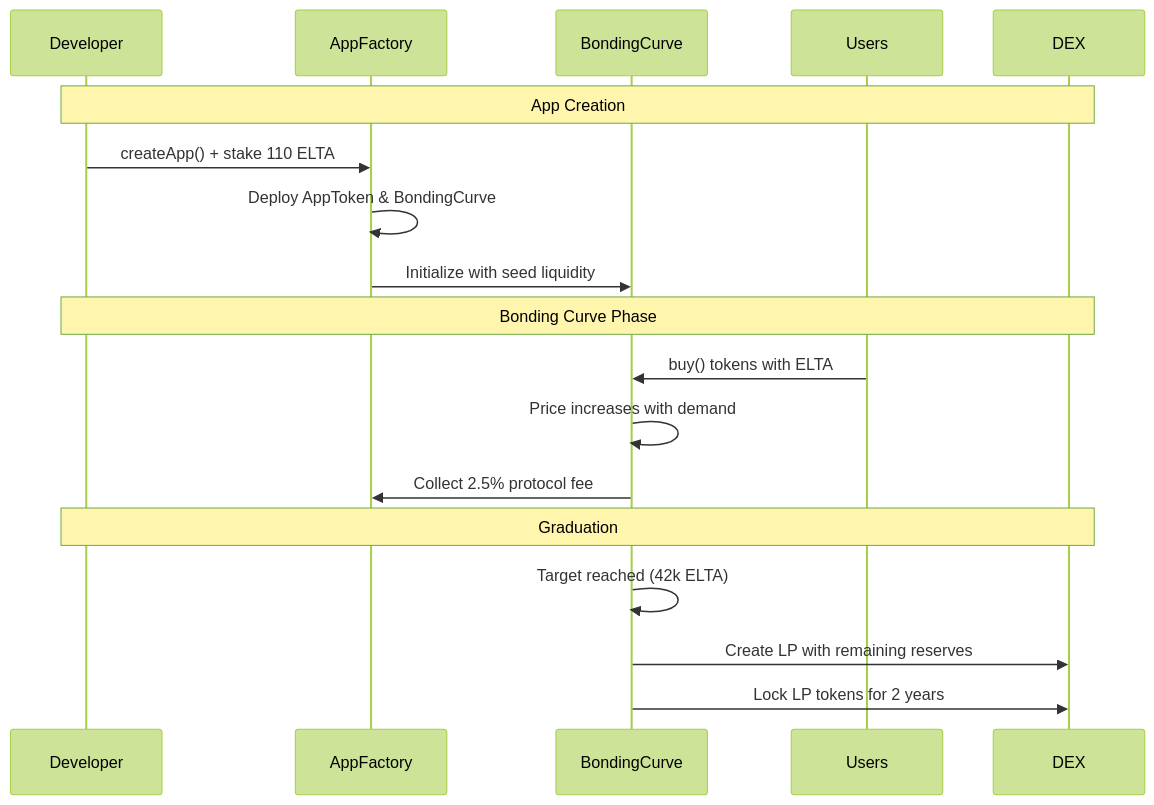
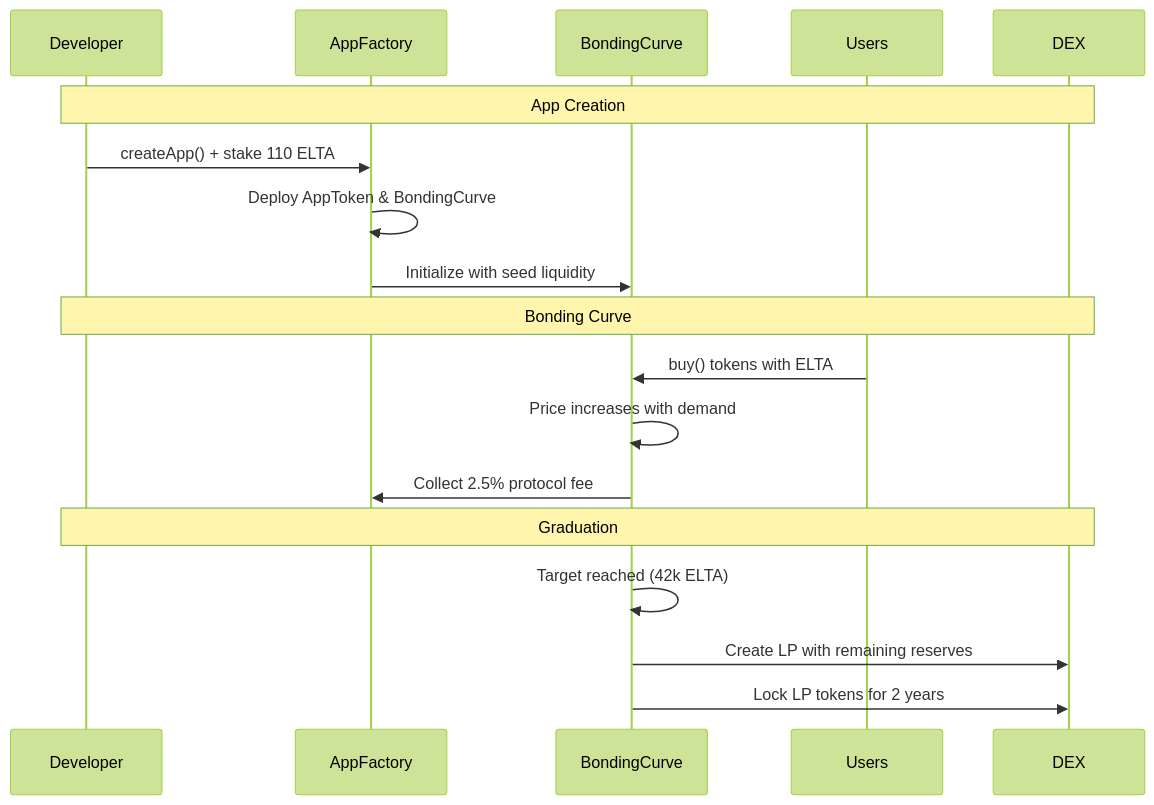
One commit to Elata-Biosciences/elata-protocol changed the fifth of 10 diagrams in README.md. Above: the diagram before and after it, drawn with Mermaid (forest theme). The commit also changed other lines of this file and 23 other files, not shown here.

````diff
--- a/README.md
+++ b/README.md
@@ -209,23 +209,23 @@
 ```mermaid
 sequenceDiagram
     participant Developer
     participant AppFactory
     participant BondingCurve
     participant Users
     participant DEX
     
     Note over Developer, DEX: App Creation
     Developer->>AppFactory: createApp() + stake 110 ELTA
     AppFactory->>AppFactory: Deploy AppToken & BondingCurve
     AppFactory->>BondingCurve: Initialize with seed liquidity
     
-    Note over Developer, DEX: Bonding Curve Phase
+    Note over Developer, DEX: Bonding Curve
     Users->>BondingCurve: buy() tokens with ELTA
     BondingCurve->>BondingCurve: Price increases with demand
     BondingCurve->>AppFactory: Collect 2.5% protocol fee
     
     Note over Developer, DEX: Graduation
     BondingCurve->>BondingCurve: Target reached (42k ELTA)
     BondingCurve->>DEX: Create LP with remaining reserves
     BondingCurve->>DEX: Lock LP tokens for 2 years
 ```
````
